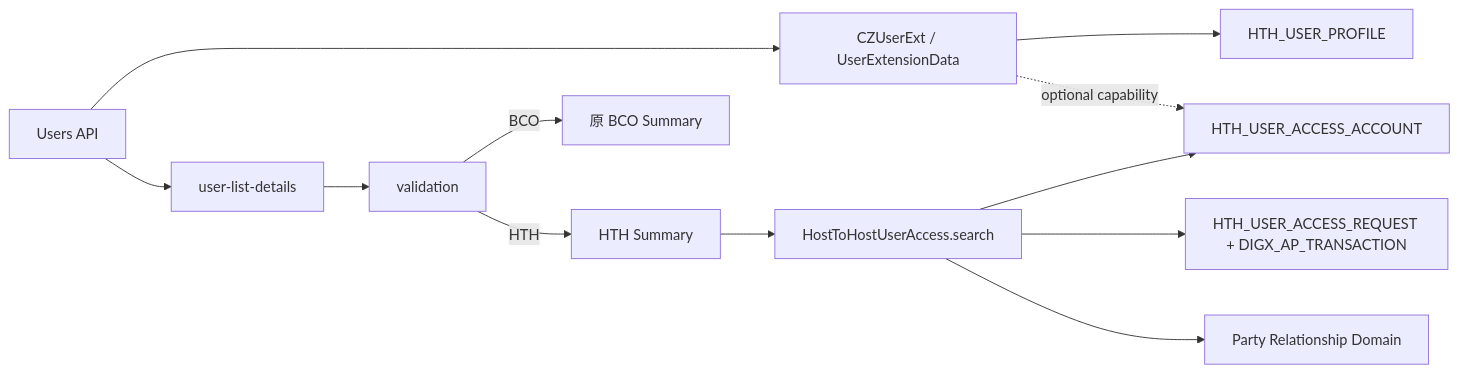
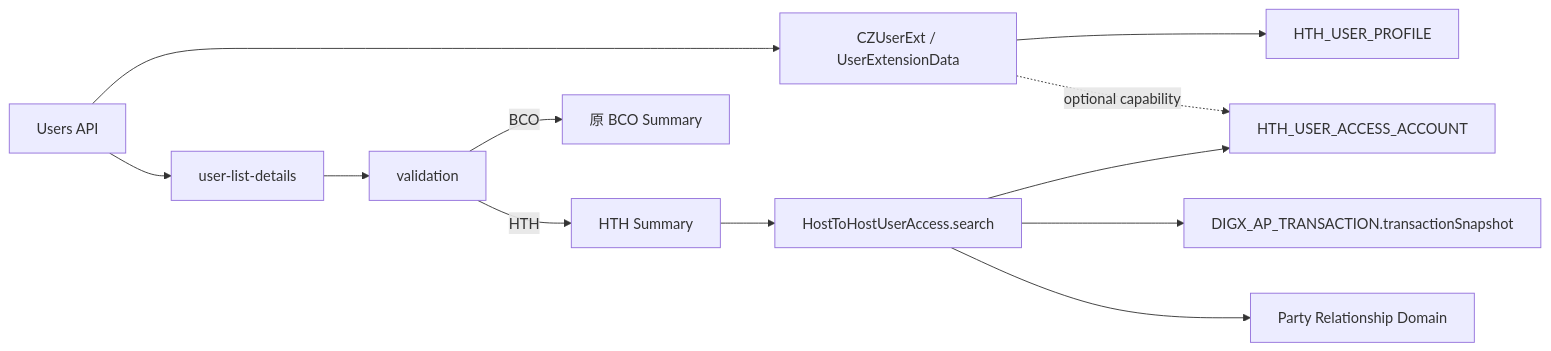
One commit to BEA-WilliamWu/mcdp-h5-demo-int changed the diagram in story/User Accounts & Services Access/BCOH2H-538-TECHNICAL-DESIGN.md. Above: the diagram before and after it, drawn with Mermaid. The commit also changed other lines of this file and 7 other files, not shown here.

````diff
--- a/story/User Accounts & Services Access/BCOH2H-538-TECHNICAL-DESIGN.md
+++ b/story/User Accounts & Services Access/BCOH2H-538-TECHNICAL-DESIGN.md
@@ -47,14 +47,14 @@
 ```mermaid
 flowchart LR
     USER_API["Users API"] --> SMS["CZUserExt / UserExtensionData"]
     SMS --> PROFILE["HTH_USER_PROFILE"]
     SMS -. "optional capability" .-> EFFECTIVE["HTH_USER_ACCESS_ACCOUNT"]
     USER_API --> LIST["user-list-details"]
     LIST --> VALIDATION["validation"]
     VALIDATION -->|BCO| BCO["原 BCO Summary"]
     VALIDATION -->|HTH| SUMMARY["HTH Summary"]
     SUMMARY --> SEARCH["HostToHostUserAccess.search"]
     SEARCH --> EFFECTIVE
-    SEARCH --> REQUEST["HTH_USER_ACCESS_REQUEST + DIGX_AP_TRANSACTION"]
+    SEARCH --> REQUEST["DIGX_AP_TRANSACTION.transactionSnapshot"]
     SEARCH --> RELATION["Party Relationship Domain"]
 ```
````
